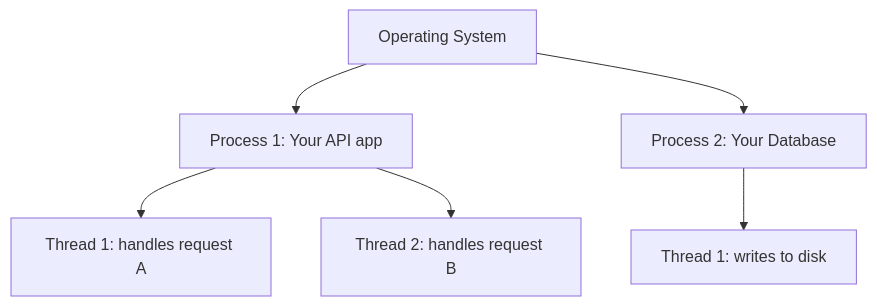
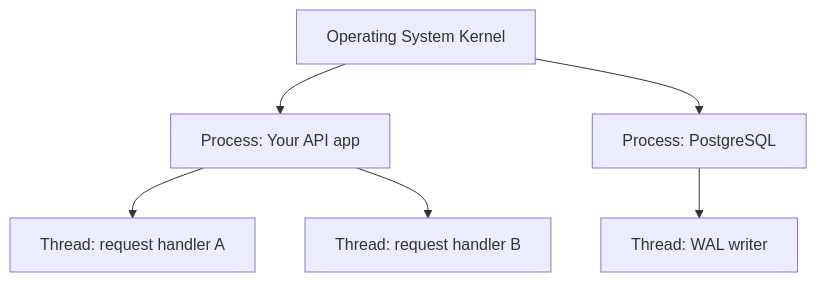
Before and after one commit to Kali-Decoder/Advanced-software-engineering-courses: diagram 11 of 30 in Advanced Backend and Distributed System Design.md, drawn with Mermaid. The commit also changed other lines of this file and 7 other files, not shown here.

````diff
--- a/Advanced Backend and Distributed System Design.md
+++ b/Advanced Backend and Distributed System Design.md
@@ -59,8 +617,9 @@
 ```mermaid
 graph TD
-    A[Operating System] --> B[Process 1: Your API app]
-    A --> C[Process 2: Your Database]
-    B --> D[Thread 1: handles request A]
-    B --> E[Thread 2: handles request B]
-    C --> F[Thread 1: writes to disk]
+    OS[Operating System Kernel]
+    OS --> P1[Process: Your API app]
+    OS --> P2[Process: PostgreSQL]
+    P1 --> T1[Thread: request handler A]
+    P1 --> T2[Thread: request handler B]
+    P2 --> T3[Thread: WAL writer]
 ```
````
